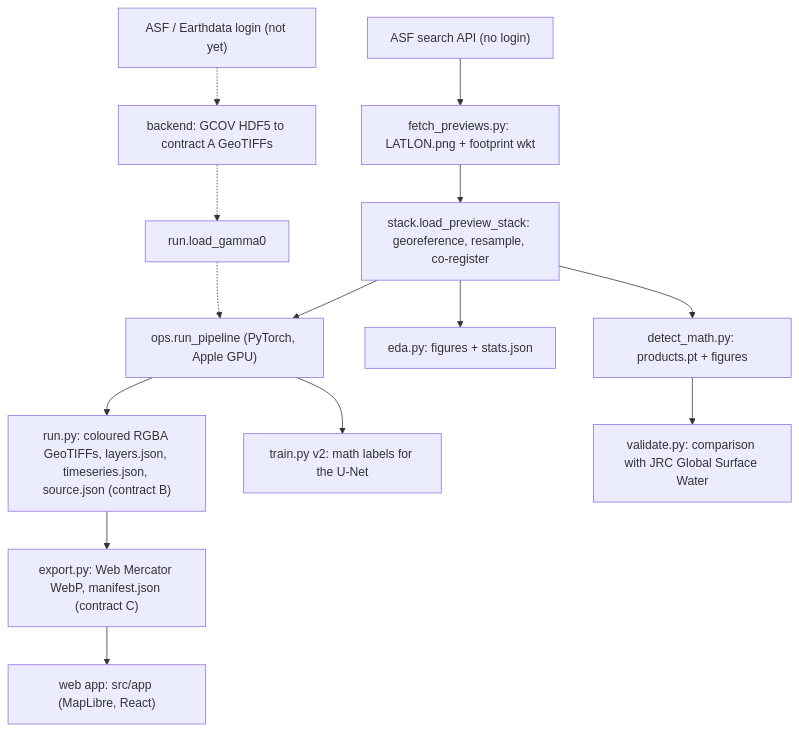
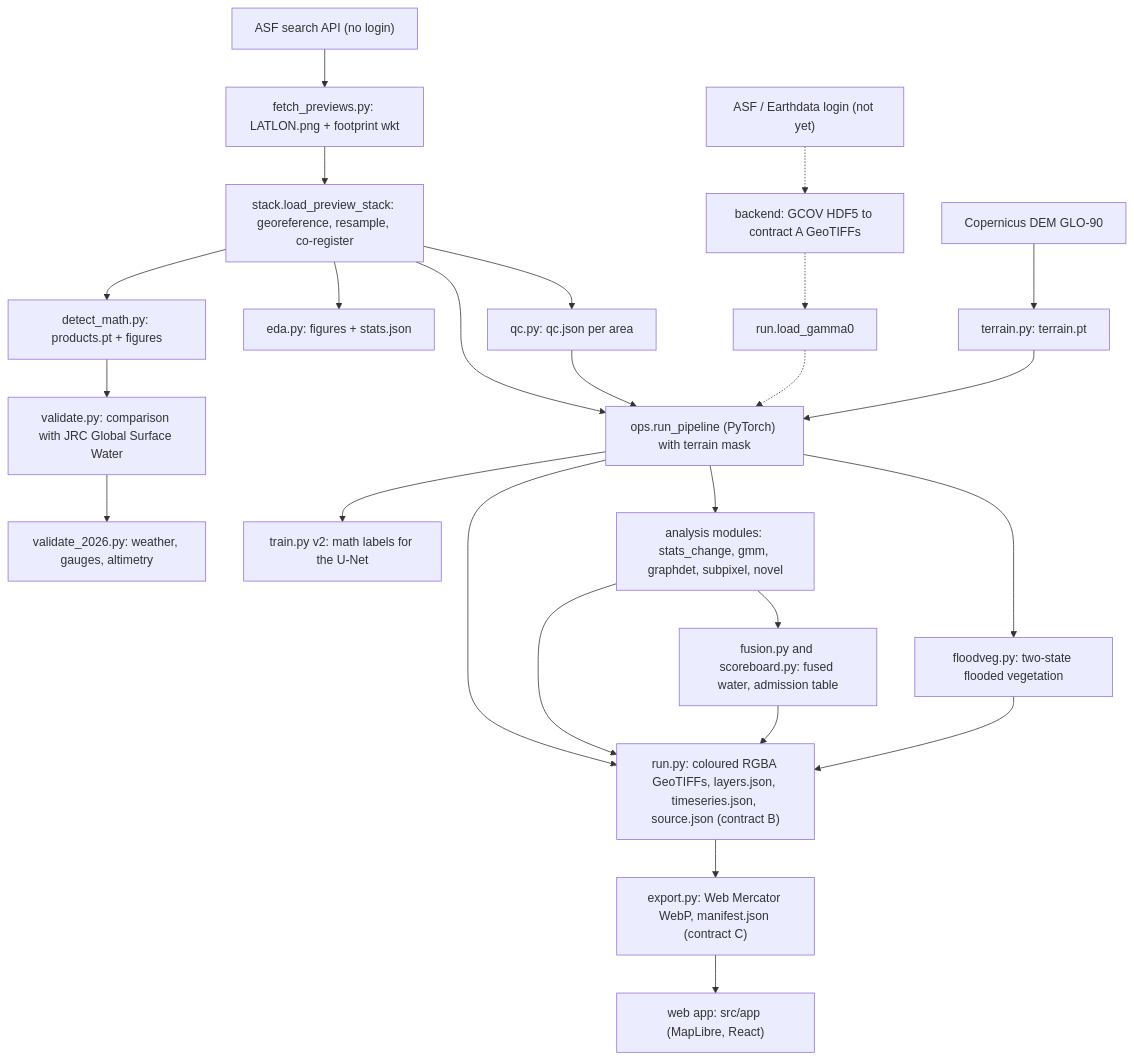
The diagram in docs/DETECTION.md (Harut200/Nasa-Space-App-Challange-2026), drawn with Mermaid before and after one commit. The commit also changed other lines of this file and 17 other files, not shown here.

Commit message:
Bring detection and architecture documents up to date; add one-page results summary; legend says rain or wind

````diff
--- a/docs/DETECTION.md
+++ b/docs/DETECTION.md
@@ -400,16 +559,27 @@
 ```mermaid
 flowchart TD
     A["ASF search API (no login)"] --> B["fetch_previews.py: LATLON.png + footprint wkt"]
     A2["ASF / Earthdata login (not yet)"] -.-> C2["backend: GCOV HDF5 to contract A GeoTIFFs"]
     B --> C["stack.load_preview_stack: georeference, resample, co-register"]
+    C --> Q["qc.py: qc.json per area"]
+    DEM["Copernicus DEM GLO-90"] --> TM["terrain.py: terrain.pt"]
     C2 -.-> D2["run.load_gamma0"]
-    C --> E["ops.run_pipeline (PyTorch, Apple GPU)"]
+    C --> E["ops.run_pipeline (PyTorch) with terrain mask"]
+    Q --> E
+    TM --> E
     D2 -.-> E
-    E --> F["run.py: coloured RGBA GeoTIFFs, layers.json, timeseries.json, source.json (contract B)"]
+    E --> FV["floodveg.py: two-state flooded vegetation"]
+    E --> M["analysis modules: stats_change, gmm, graphdet, subpixel, novel"]
+    M --> FU["fusion.py and scoreboard.py: fused water, admission table"]
+    FV --> F["run.py: coloured RGBA GeoTIFFs, layers.json, timeseries.json, source.json (contract B)"]
+    E --> F
+    M --> F
+    FU --> F
     F --> G["export.py: Web Mercator WebP, manifest.json (contract C)"]
     G --> H["web app: src/app (MapLibre, React)"]
     C --> I["eda.py: figures + stats.json"]
     C --> J["detect_math.py: products.pt + figures"]
     E --> K["train.py v2: math labels for the U-Net"]
     J --> L["validate.py: comparison with JRC Global Surface Water"]
+    L --> V2["validate_2026.py: weather, gauges, altimetry"]
 ```
````
